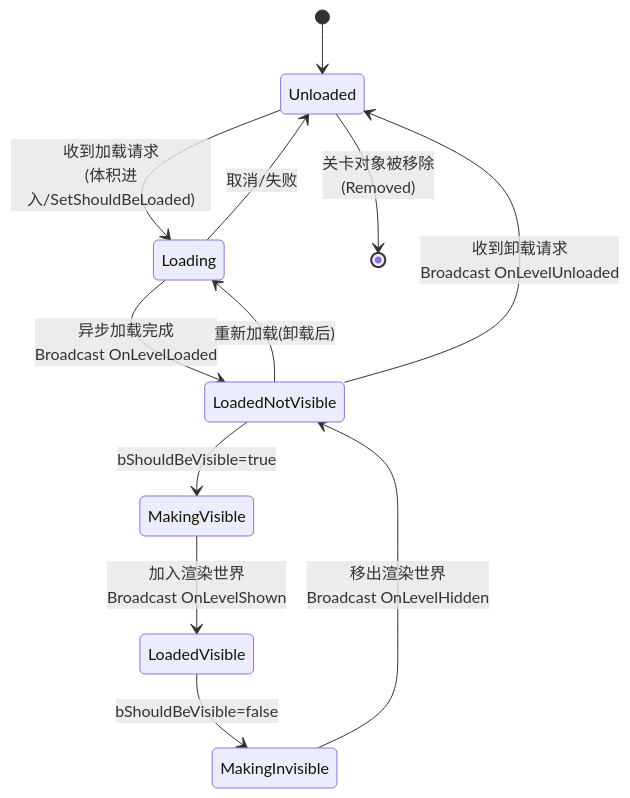
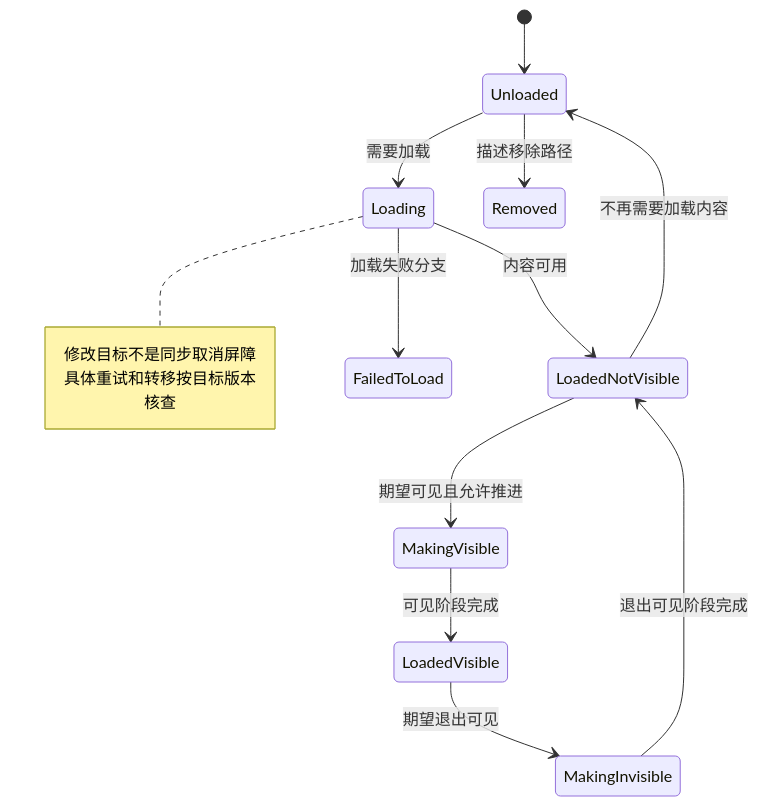
Before and after one commit to fantuan812/learning: the second of 5 diagrams in 知识/03-引擎架构与资源系统/世界组织与资源加载/08-关卡流送LevelStreaming.md, drawn with Mermaid. The commit also changed other lines of this file and 1 other file, not shown here.

````diff
--- a/知识/03-引擎架构与资源系统/世界组织与资源加载/08-关卡流送LevelStreaming.md
+++ b/知识/03-引擎架构与资源系统/世界组织与资源加载/08-关卡流送LevelStreaming.md
@@ -87,14 +108,17 @@
 ```mermaid
 stateDiagram-v2
     [*] --> Unloaded
-    Unloaded --> Loading: 收到加载请求<br/>(体积进入/SetShouldBeLoaded)
-    Loading --> LoadedNotVisible: 异步加载完成<br/>Broadcast OnLevelLoaded
-    LoadedNotVisible --> MakingVisible: bShouldBeVisible=true
-    MakingVisible --> LoadedVisible: 加入渲染世界<br/>Broadcast OnLevelShown
-    LoadedVisible --> MakingInvisible: bShouldBeVisible=false
-    MakingInvisible --> LoadedNotVisible: 移出渲染世界<br/>Broadcast OnLevelHidden
-    LoadedNotVisible --> Loading: 重新加载(卸载后)
-    LoadedNotVisible --> Unloaded: 收到卸载请求<br/>Broadcast OnLevelUnloaded
-    Loading --> Unloaded: 取消/失败
-    Unloaded --> [*]: 关卡对象被移除<br/>(Removed)
+    Unloaded --> Loading: 需要加载
+    Loading --> LoadedNotVisible: 内容可用
+    Loading --> FailedToLoad: 加载失败分支
+    LoadedNotVisible --> MakingVisible: 期望可见且允许推进
+    MakingVisible --> LoadedVisible: 可见阶段完成
+    LoadedVisible --> MakingInvisible: 期望退出可见
+    MakingInvisible --> LoadedNotVisible: 退出可见阶段完成
+    LoadedNotVisible --> Unloaded: 不再需要加载内容
+    Unloaded --> Removed: 描述移除路径
+    note right of Loading
+      修改目标不是同步取消屏障
+      具体重试和转移按目标版本核查
+    end note
 ```
````
